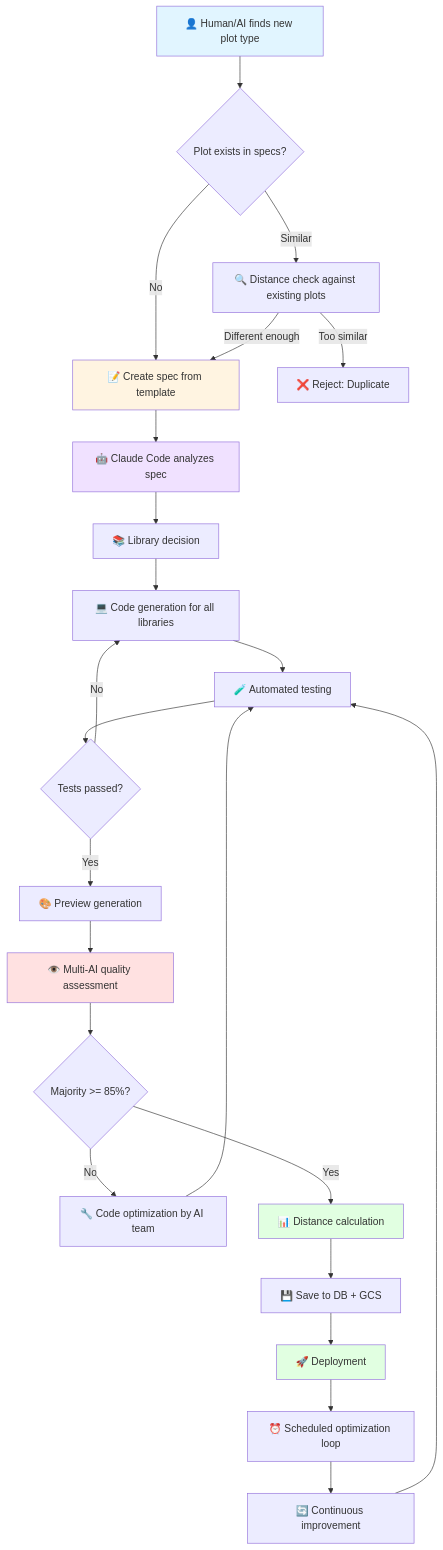
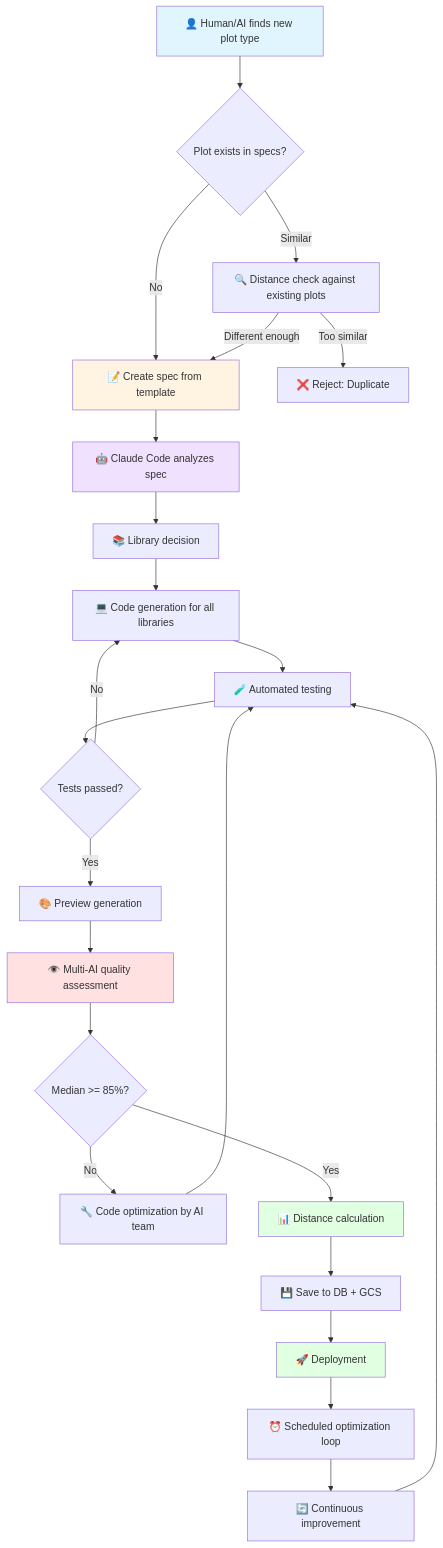
The first of 9 diagrams in docs/workflow.md (MarkusNeusinger/pyplots), drawn with Mermaid before and after one commit.

````diff
--- a/docs/workflow.md
+++ b/docs/workflow.md
@@ -9,32 +9,32 @@
 ```mermaid
 graph TD
     A[👤 Human/AI finds new plot type] --> B{Plot exists in specs?}
     B -->|No| C[📝 Create spec from template]
     B -->|Similar| D[🔍 Distance check against existing plots]
     D -->|Too similar| E[❌ Reject: Duplicate]
     D -->|Different enough| C
     C --> F[🤖 Claude Code analyzes spec]
     F --> G[📚 Library decision]
     G --> H[💻 Code generation for all libraries]
     H --> I[🧪 Automated testing]
     I --> J{Tests passed?}
     J -->|No| H
     J -->|Yes| K[🎨 Preview generation]
     K --> L[👁️ Multi-AI quality assessment]
-    L --> M{Majority >= 85%?}
+    L --> M{Median >= 85%?}
     M -->|No| N[🔧 Code optimization by AI team]
     N --> I
     M -->|Yes| O[📊 Distance calculation]
     O --> P[💾 Save to DB + GCS]
     P --> Q[🚀 Deployment]
     Q --> R[⏰ Scheduled optimization loop]
     R --> S[🔄 Continuous improvement]
     S --> I
 
     style A fill:#e1f5ff
     style C fill:#fff4e1
     style F fill:#f0e1ff
     style L fill:#ffe1e1
     style O fill:#e1ffe1
     style Q fill:#e1ffe1
 ```
````
